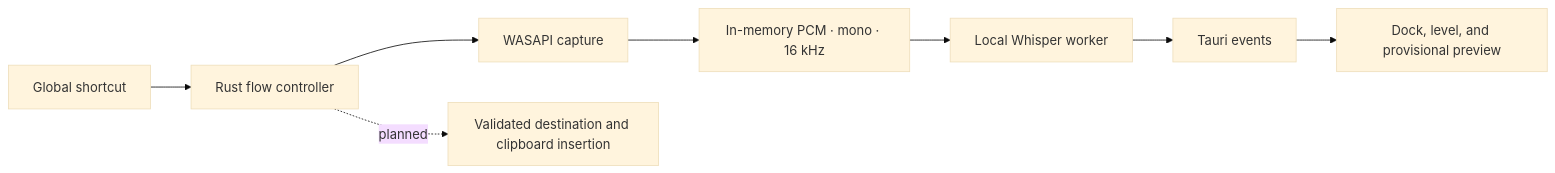
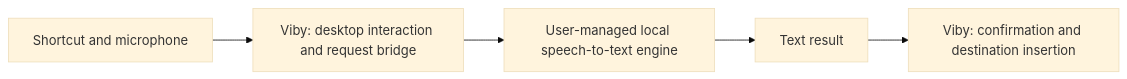
One commit to jovi-tsx/viby changed the diagram in README.md. Above: the diagram before and after it, drawn with Mermaid (base theme). The commit also changed other lines of this file and 5 other files, not shown here.

Commit message:
docs: position Viby as a bridge to user-managed local AI

````diff
--- a/README.md
+++ b/README.md
@@ -82,10 +86,7 @@
 ```mermaid
 flowchart LR
-    Shortcut["Global shortcut"] --> Flow["Rust flow controller"]
-    Flow --> Capture["WASAPI capture"]
-    Capture --> PCM["In-memory PCM · mono · 16 kHz"]
-    PCM --> Whisper["Local Whisper worker"]
-    Whisper --> Events["Tauri events"]
-    Events --> Dock["Dock, level, and provisional preview"]
-    Flow -. planned .-> Insertion["Validated destination and clipboard insertion"]
+    Input["Shortcut and microphone"] --> Viby["Viby: desktop interaction and request bridge"]
+    Viby --> Engine["User-managed local speech-to-text engine"]
+    Engine --> Result["Text result"]
+    Result --> Desktop["Viby: confirmation and destination insertion"]
 ```
````
